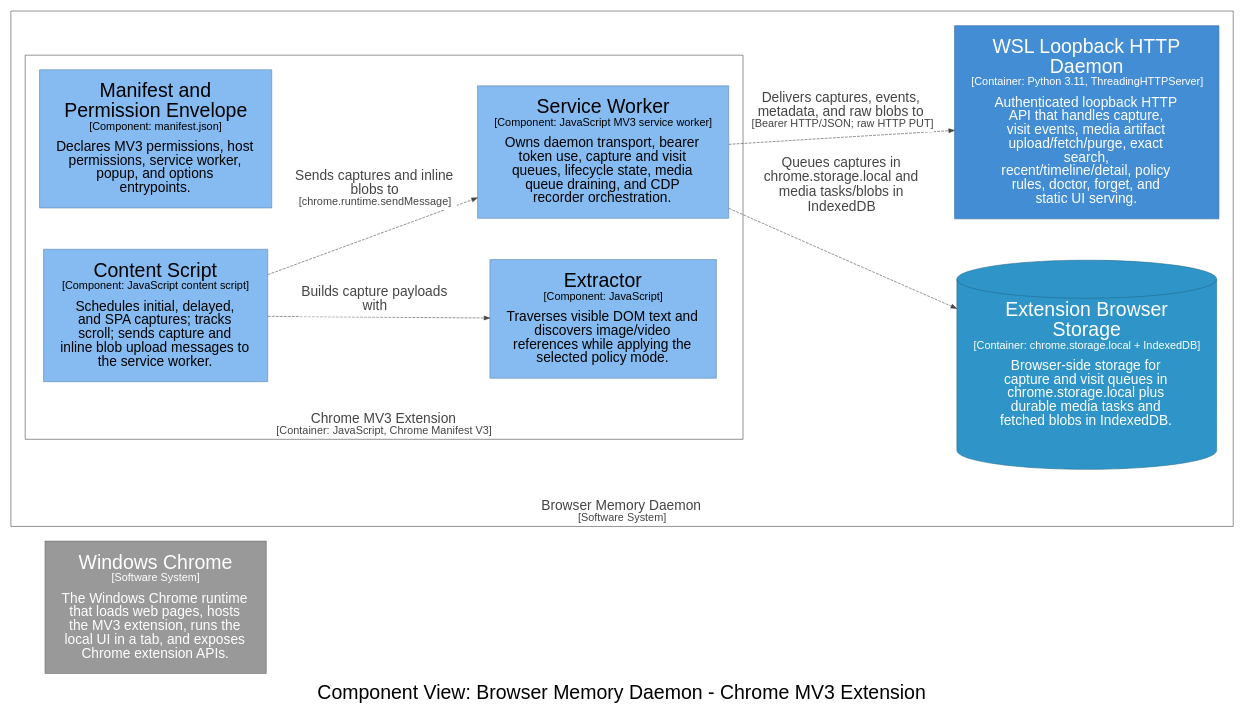
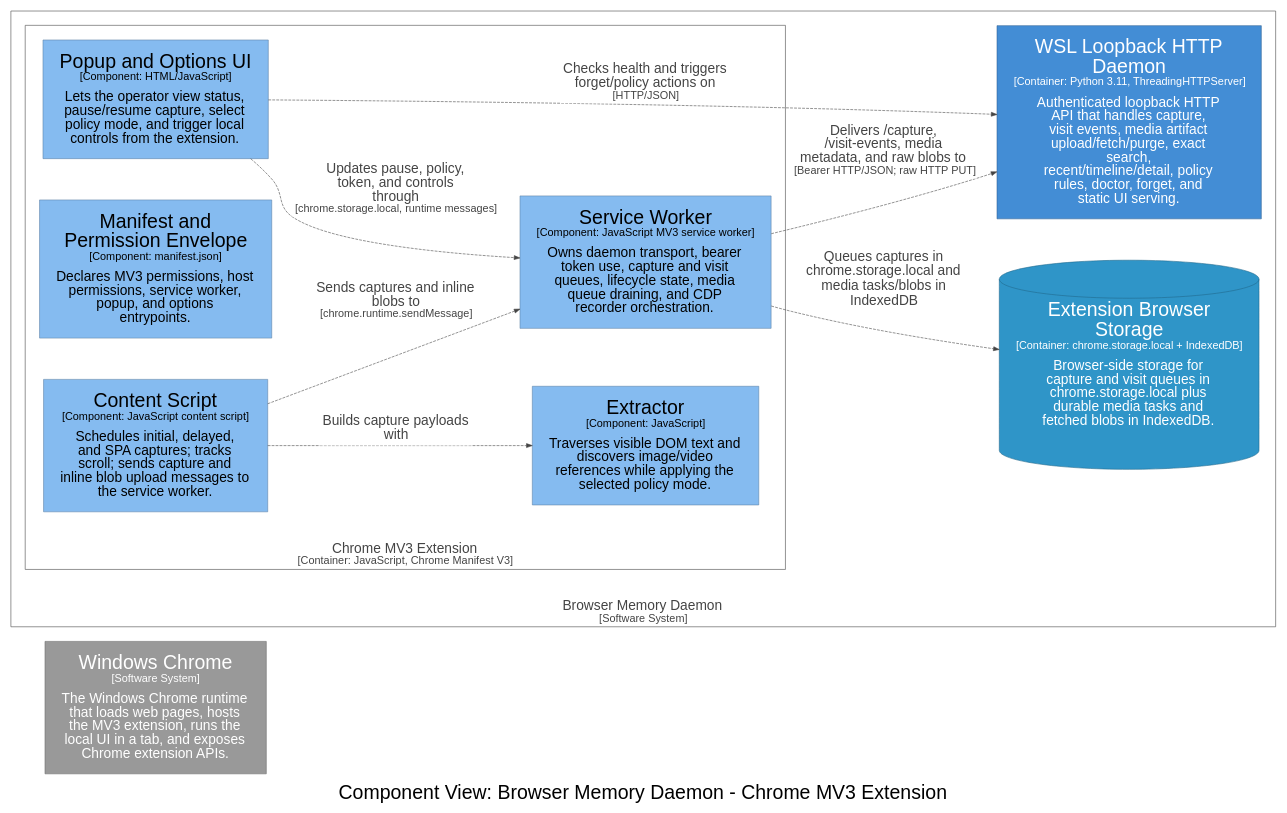
The diagram in architecture/diagrams/dot/structurizr-ExtensionCaptureComponents.dot (michaelnicks0/browser-memory-daemon), drawn with Graphviz before and after one commit. The commit also changed 105 other files, not shown here.

Commit message:
docs: reconcile C4 and behavioral diagrams

```diff
--- a/architecture/diagrams/dot/structurizr-ExtensionCaptureComponents.dot
+++ b/architecture/diagrams/dot/structurizr-ExtensionCaptureComponents.dot
@@ -1,41 +1,44 @@
 digraph {
   compound=true
   graph [fontname="Arial", rankdir=LR, ranksep=1.0, nodesep=1.0]
   node [fontname="Arial", shape=box, margin="0.4,0.3"]
   edge [fontname="Arial"]
   label=<<br /><font point-size="34">Component View: Browser Memory Daemon - Chrome MV3 Extension</font>>
 
   2 [id=2,shape=rect, label=<<font point-size="34">Windows Chrome</font><br /><font point-size="19">[Software System]</font><br /><br /><font point-size="24">The Windows Chrome runtime<br />that loads web pages, hosts<br />the MV3 extension, runs the<br />local UI in a tab, and exposes<br />Chrome extension APIs.</font>>, style=filled, color="#6b6b6b", fillcolor="#999999", fontcolor="#ffffff"]
 
   subgraph cluster_4 {
     margin=25
     label=<<font point-size="24"><br />Browser Memory Daemon</font><br /><font point-size="19">[Software System]</font>>
     labelloc=b
     color="#444444"
     fontcolor="#444444"
     fillcolor="#444444"
 
     subgraph cluster_5 {
       margin=25
       label=<<font point-size="24"><br />Chrome MV3 Extension</font><br /><font point-size="19">[Container: JavaScript, Chrome Manifest V3]</font>>
       labelloc=b
       color="#444444"
       fontcolor="#444444"
       fillcolor="#444444"
 
+      12 [id=12,shape=rect, label=<<font point-size="34">Popup and Options UI</font><br /><font point-size="19">[Component: HTML/JavaScript]</font><br /><br /><font point-size="24">Lets the operator view status,<br />pause/resume capture, select<br />policy mode, and trigger local<br />controls from the extension.</font>>, style=filled, color="#5d82a8", fillcolor="#85bbf0", fontcolor="#000000"]
       6 [id=6,shape=rect, label=<<font point-size="34">Manifest and<br />Permission Envelope</font><br /><font point-size="19">[Component: manifest.json]</font><br /><br /><font point-size="24">Declares MV3 permissions, host<br />permissions, service worker,<br />popup, and options<br />entrypoints.</font>>, style=filled, color="#5d82a8", fillcolor="#85bbf0", fontcolor="#000000"]
       7 [id=7,shape=rect, label=<<font point-size="34">Extractor</font><br /><font point-size="19">[Component: JavaScript]</font><br /><br /><font point-size="24">Traverses visible DOM text and<br />discovers image/video<br />references while applying the<br />selected policy mode.</font>>, style=filled, color="#5d82a8", fillcolor="#85bbf0", fontcolor="#000000"]
       8 [id=8,shape=rect, label=<<font point-size="34">Content Script</font><br /><font point-size="19">[Component: JavaScript content script]</font><br /><br /><font point-size="24">Schedules initial, delayed,<br />and SPA captures; tracks<br />scroll; sends capture and<br />inline blob upload messages to<br />the service worker.</font>>, style=filled, color="#5d82a8", fillcolor="#85bbf0", fontcolor="#000000"]
       9 [id=9,shape=rect, label=<<font point-size="34">Service Worker</font><br /><font point-size="19">[Component: JavaScript MV3 service worker]</font><br /><br /><font point-size="24">Owns daemon transport, bearer<br />token use, capture and visit<br />queues, lifecycle state, media<br />queue draining, and CDP<br />recorder orchestration.</font>>, style=filled, color="#5d82a8", fillcolor="#85bbf0", fontcolor="#000000"]
     }
 
     13 [id=13,shape=cylinder, label=<<font point-size="34">Extension Browser<br />Storage</font><br /><font point-size="19">[Container: chrome.storage.local + IndexedDB]</font><br /><br /><font point-size="24">Browser-side storage for<br />capture and visit queues in<br />chrome.storage.local plus<br />durable media tasks and<br />fetched blobs in IndexedDB.</font>>, style=filled, color="#20688c", fillcolor="#2f95c8", fontcolor="#ffffff"]
     14 [id=14,shape=rect, label=<<font point-size="34">WSL Loopback HTTP<br />Daemon</font><br /><font point-size="19">[Container: Python 3.11, ThreadingHTTPServer]</font><br /><br /><font point-size="24">Authenticated loopback HTTP<br />API that handles capture,<br />visit events, media artifact<br />upload/fetch/purge, exact<br />search,<br />recent/timeline/detail, policy<br />rules, doctor, forget, and<br />static UI serving.</font>>, style=filled, color="#2e6295", fillcolor="#438dd5", fontcolor="#ffffff"]
   }
 
   8 -> 7 [id=49, label=<<TABLE BORDER="0" CELLBORDER="0" CELLSPACING="0" CELLPADDING="4" BGCOLOR="white"><TR><TD><font point-size="24">Builds capture payloads<br />with</font></TD></TR></TABLE>>, style="dashed", color="#444444", fontcolor="#444444"]
   8 -> 9 [id=50, label=<<TABLE BORDER="0" CELLBORDER="0" CELLSPACING="0" CELLPADDING="4" BGCOLOR="white"><TR><TD><font point-size="24">Sends captures and inline<br />blobs to</font><br /><font point-size="19">[chrome.runtime.sendMessage]</font></TD></TR></TABLE>>, style="dashed", color="#444444", fontcolor="#444444"]
   9 -> 13 [id=51, label=<<TABLE BORDER="0" CELLBORDER="0" CELLSPACING="0" CELLPADDING="4" BGCOLOR="white"><TR><TD><font point-size="24">Queues captures in<br />chrome.storage.local and<br />media tasks/blobs in<br />IndexedDB</font></TD></TR></TABLE>>, style="dashed", color="#444444", fontcolor="#444444"]
-  9 -> 14 [id=52, label=<<TABLE BORDER="0" CELLBORDER="0" CELLSPACING="0" CELLPADDING="4" BGCOLOR="white"><TR><TD><font point-size="24">Delivers captures, events,<br />metadata, and raw blobs to</font><br /><font point-size="19">[Bearer HTTP/JSON; raw HTTP PUT]</font></TD></TR></TABLE>>, style="dashed", color="#444444", fontcolor="#444444"]
+  9 -> 14 [id=52, label=<<TABLE BORDER="0" CELLBORDER="0" CELLSPACING="0" CELLPADDING="4" BGCOLOR="white"><TR><TD><font point-size="24">Delivers /capture,<br />/visit-events, media<br />metadata, and raw blobs to</font><br /><font point-size="19">[Bearer HTTP/JSON; raw HTTP PUT]</font></TD></TR></TABLE>>, style="dashed", color="#444444", fontcolor="#444444"]
+  12 -> 9 [id=59, label=<<TABLE BORDER="0" CELLBORDER="0" CELLSPACING="0" CELLPADDING="4" BGCOLOR="white"><TR><TD><font point-size="24">Updates pause, policy,<br />token, and controls<br />through</font><br /><font point-size="19">[chrome.storage.local, runtime messages]</font></TD></TR></TABLE>>, style="dashed", color="#444444", fontcolor="#444444"]
+  12 -> 14 [id=60, label=<<TABLE BORDER="0" CELLBORDER="0" CELLSPACING="0" CELLPADDING="4" BGCOLOR="white"><TR><TD><font point-size="24">Checks health and triggers<br />forget/policy actions on</font><br /><font point-size="19">[HTTP/JSON]</font></TD></TR></TABLE>>, style="dashed", color="#444444", fontcolor="#444444"]
 
 }
```
